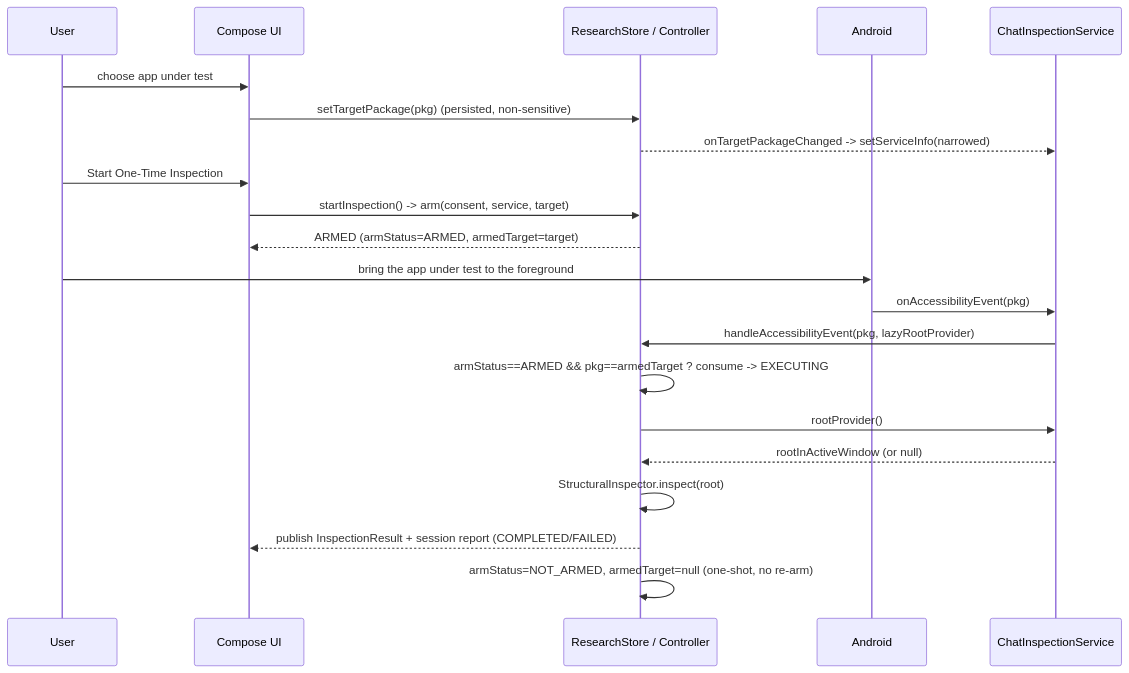
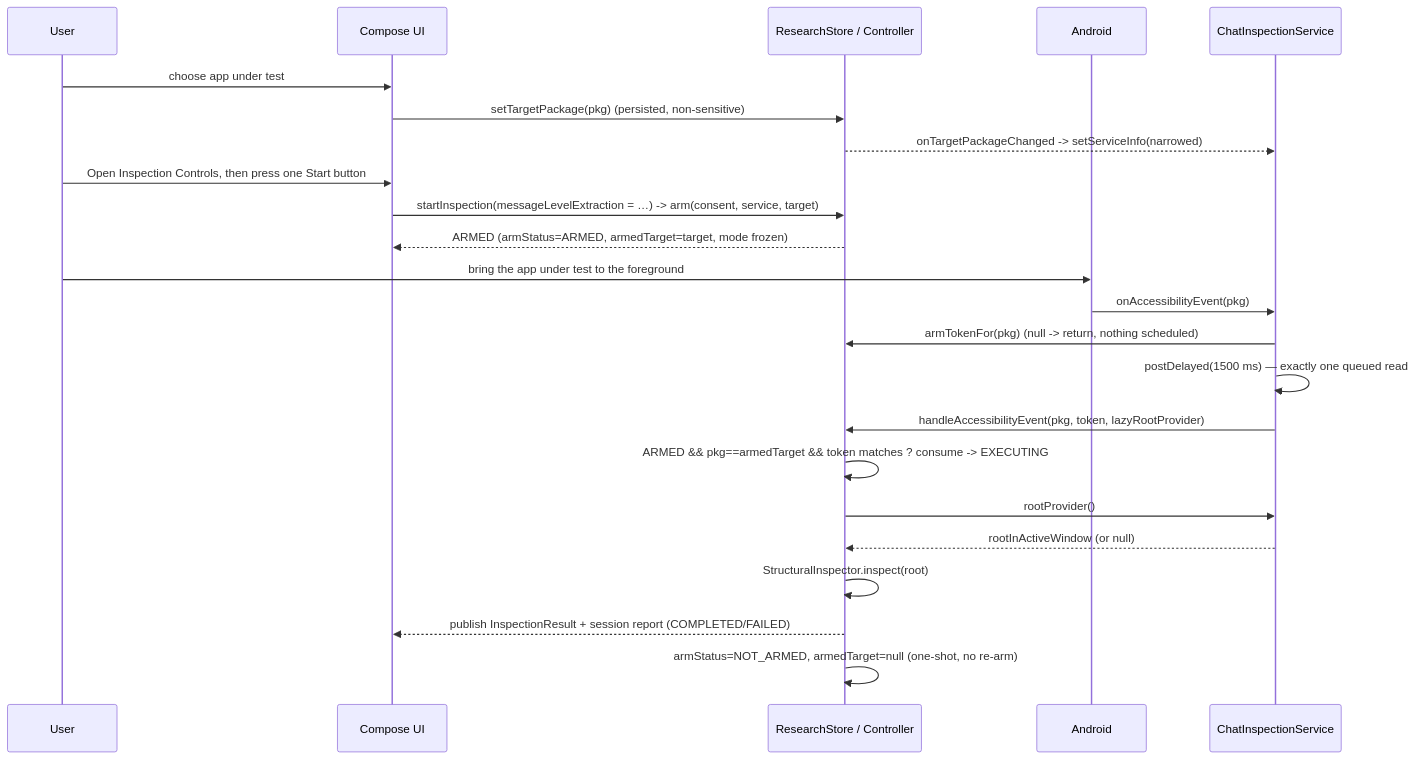
Before and after one commit to chptt/Accesstext: the first of 2 diagrams in docs/04_ACCESSIBILITY_INSPECTION_FLOW.md, drawn with Mermaid. The commit also changed other lines of this file and 12 other files, not shown here.

````diff
--- a/docs/04_ACCESSIBILITY_INSPECTION_FLOW.md
+++ b/docs/04_ACCESSIBILITY_INSPECTION_FLOW.md
@@ -51,23 +59,25 @@
 ```mermaid
 sequenceDiagram
   participant U as User
   participant UI as Compose UI
   participant S as ResearchStore / Controller
   participant SYS as Android
   participant SVC as ChatInspectionService
   U->>UI: choose app under test
   UI->>S: setTargetPackage(pkg)  (persisted, non-sensitive)
   S-->>SVC: onTargetPackageChanged -> setServiceInfo(narrowed)
-  U->>UI: Start One-Time Inspection
-  UI->>S: startInspection() -> arm(consent, service, target)
-  S-->>UI: ARMED (armStatus=ARMED, armedTarget=target)
+  U->>UI: Open Inspection Controls, then press one Start button
+  UI->>S: startInspection(messageLevelExtraction = …) -> arm(consent, service, target)
+  S-->>UI: ARMED (armStatus=ARMED, armedTarget=target, mode frozen)
   U->>SYS: bring the app under test to the foreground
   SYS->>SVC: onAccessibilityEvent(pkg)
-  SVC->>S: handleAccessibilityEvent(pkg, lazyRootProvider)
-  S->>S: armStatus==ARMED && pkg==armedTarget ? consume -> EXECUTING
+  SVC->>S: armTokenFor(pkg) (null -> return, nothing scheduled)
+  SVC->>SVC: postDelayed(1500 ms) — exactly one queued read
+  SVC->>S: handleAccessibilityEvent(pkg, token, lazyRootProvider)
+  S->>S: ARMED && pkg==armedTarget && token matches ? consume -> EXECUTING
   S->>SVC: rootProvider()
   SVC-->>S: rootInActiveWindow (or null)
   S->>S: StructuralInspector.inspect(root)
   S-->>UI: publish InspectionResult + session report (COMPLETED/FAILED)
   S->>S: armStatus=NOT_ARMED, armedTarget=null (one-shot, no re-arm)
 ```
````
